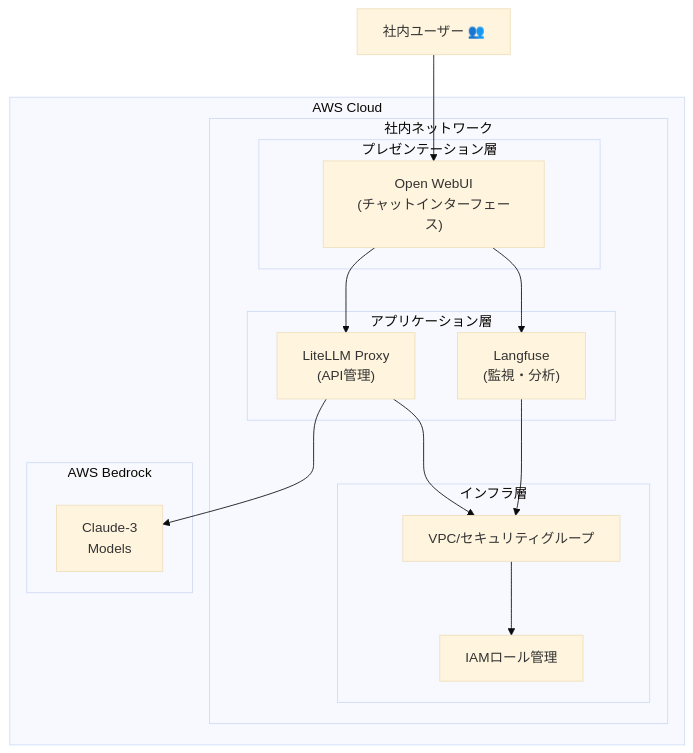
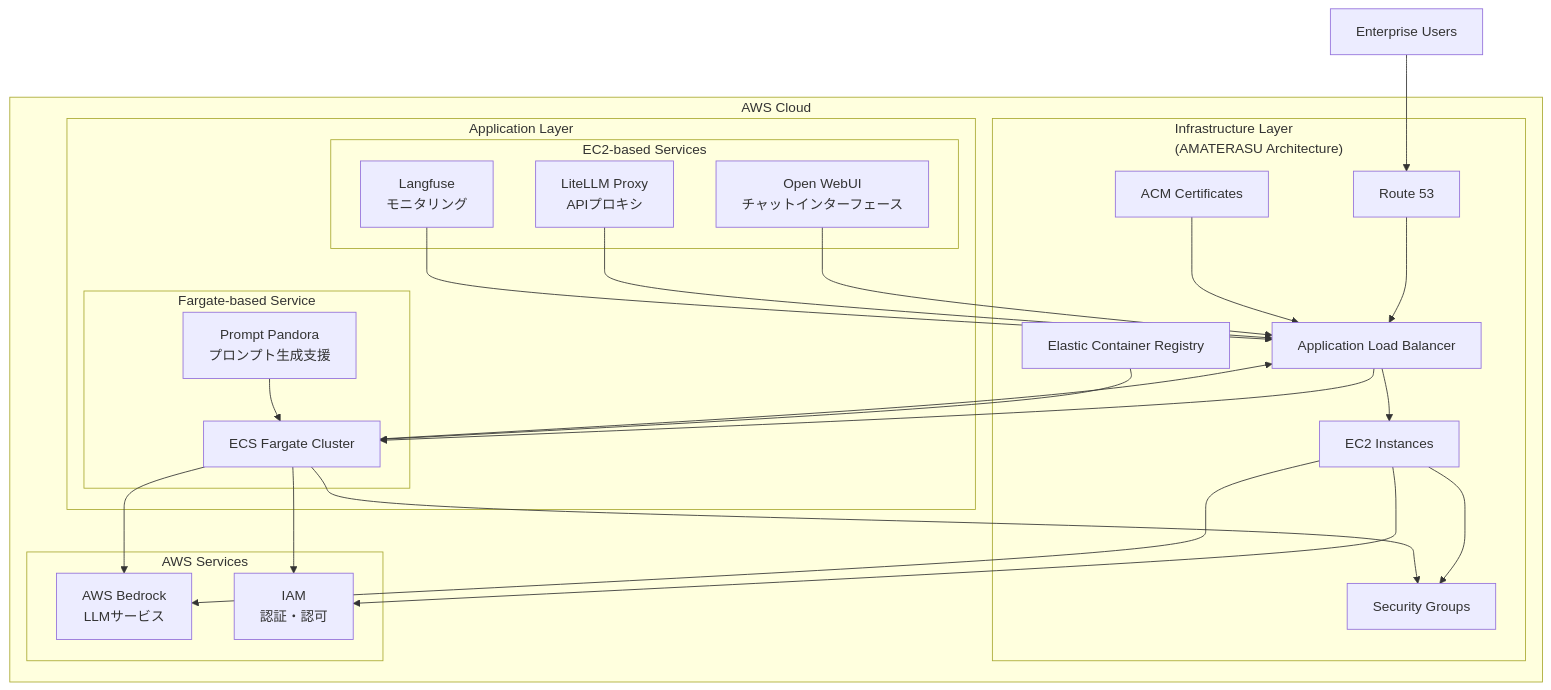
Before and after one commit to Sunwood-ai-labs/AMATERASU: the diagram in README.md, drawn with Mermaid. The commit also changed other lines of this file, not shown here.

First line of the commit message:
✨ chore: README.mdの更新とアーキテクチャ図の修正

````diff
--- a/README.md
+++ b/README.md
@@ -71,34 +40,59 @@
 ```mermaid
-%%{init:{'theme':'base'}}%%
 graph TB
     subgraph "AWS Cloud"
-        subgraph "社内ネットワーク"
-            subgraph "プレゼンテーション層"
-                WebUI["Open WebUI<br/>(チャットインターフェース)"]
+        subgraph "Application Layer"
+            subgraph "EC2-based Services"
+                OW["Open WebUI<br/>チャットインターフェース"]
+                LL["LiteLLM Proxy<br/>APIプロキシ"]
+                LF["Langfuse<br/>モニタリング"]
             end
             
-            subgraph "アプリケーション層"
-                LiteLLM["LiteLLM Proxy<br/>(API管理)"]
-                Langfuse["Langfuse<br/>(監視・分析)"]
-            end
-            
-            subgraph "インフラ層"
-                VPC["VPC/セキュリティグループ"]
-                IAM["IAMロール管理"]
+            subgraph "Fargate-based Service"
+                PP["Prompt Pandora<br/>プロンプト生成支援"]
+                ECS["ECS Fargate Cluster"]
             end
         end
-
-        subgraph "AWS Bedrock"
-            Claude3["Claude-3<br/>Models"]
+        
+        subgraph "Infrastructure Layer<br>(AMATERASU Architecture)"
+            ALB["Application Load Balancer"]
+            EC2["EC2 Instances"]
+            SG["Security Groups"]
+            R53["Route 53"]
+            ACM["ACM Certificates"]
+            ECR["Elastic Container Registry"]
         end
         
-        WebUI --> LiteLLM
-        WebUI --> Langfuse
-        LiteLLM --> VPC
-        Langfuse --> VPC
-        VPC --> IAM
-        LiteLLM --> Claude3
+        subgraph "AWS Services"
+            Bedrock["AWS Bedrock<br/>LLMサービス"]
+            IAM["IAM<br/>認証・認可"]
+        end
+        
+        %% EC2ベースのサービスの接続
+        OW --> ALB
+        LL --> ALB
+        LF --> ALB
+        
+        %% Fargateベースのサービスの接続
+        PP --> ECS
+        ECS --> ALB
+        
+        %% インフラストラクチャの接続
+        ALB --> EC2
+        ALB --> ECS
+        EC2 --> SG
+        ECS --> SG
+        R53 --> ALB
+        ACM --> ALB
+        
+        %% コンテナイメージの流れ
+        ECR --> ECS
+        
+        %% AWS サービスとの接続
+        EC2 --> Bedrock
+        ECS --> Bedrock
+        EC2 --> IAM
+        ECS --> IAM
     end
 
-    Users["社内ユーザー 👥"] --> WebUI
+    Users["Enterprise Users"] --> R53
 ```
````
